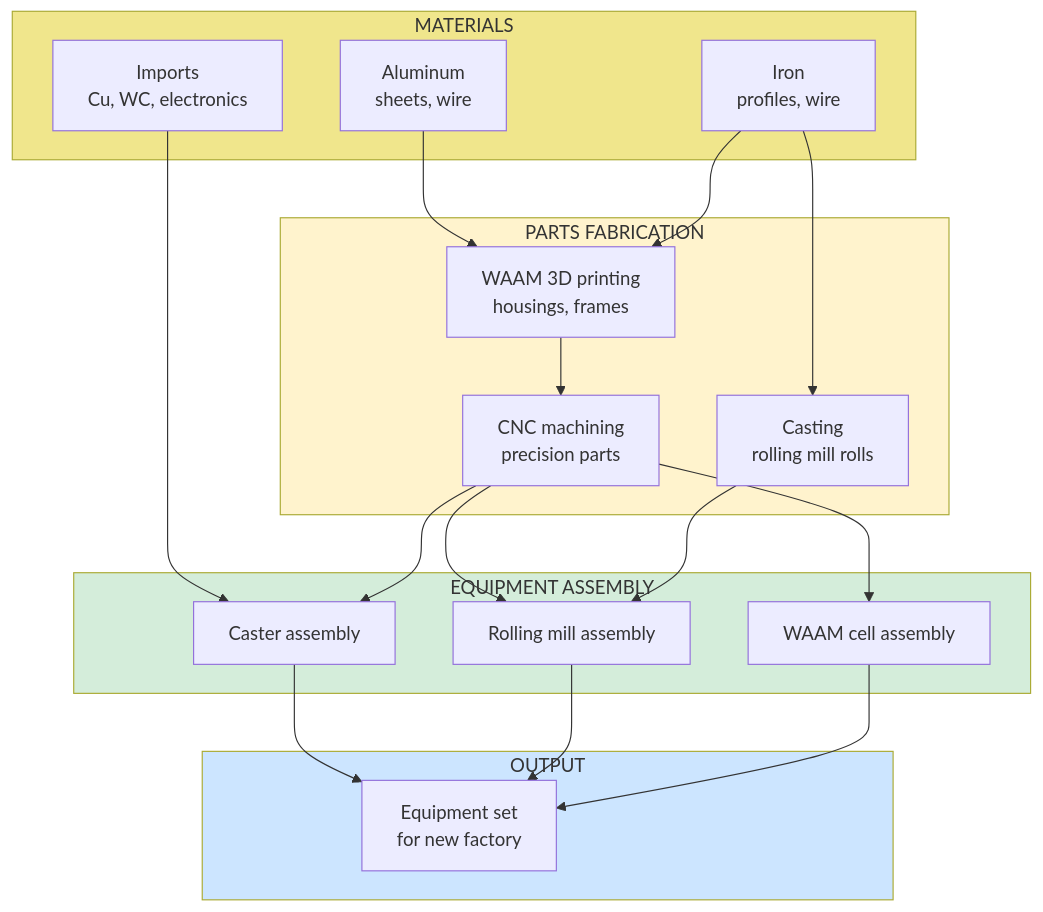
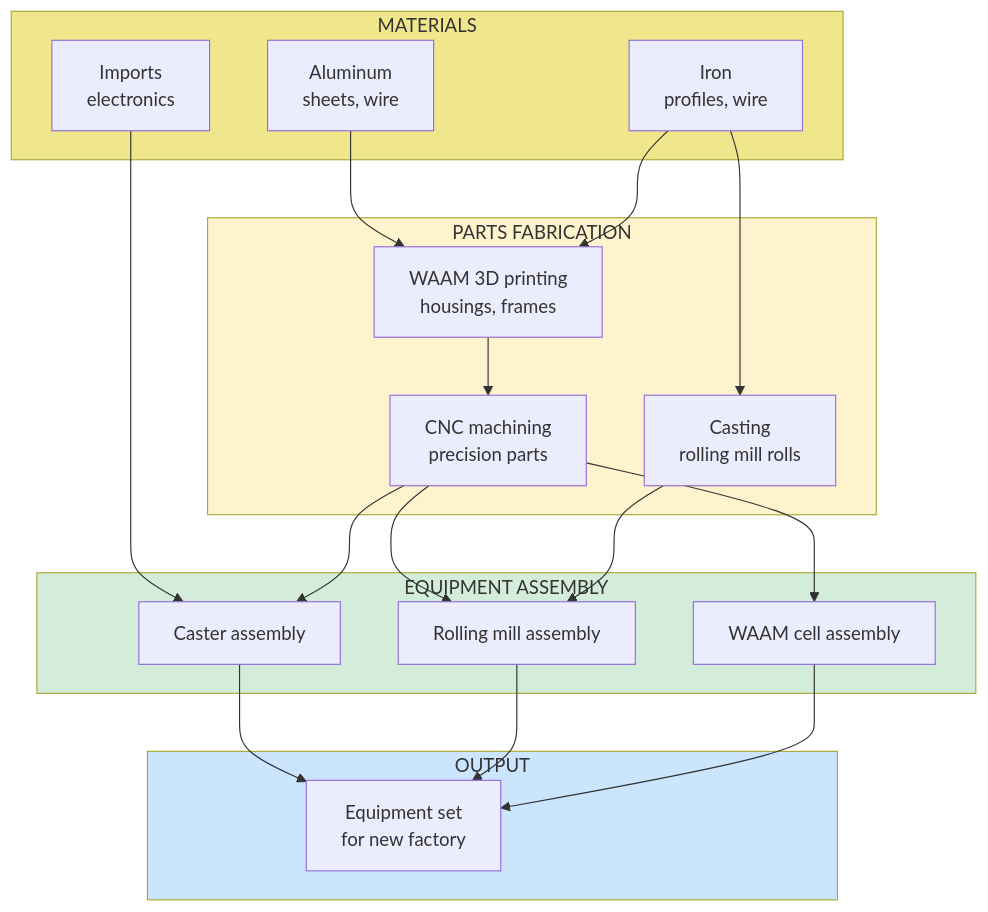
Before and after one commit to DmitryNasikanov/infinite-energy: the diagram in en/science/detailed/production/factories/assembly/equipment.qmd, drawn with Mermaid. The commit also changed other lines of this file and 71 other files, not shown here.

````diff
--- a/en/science/detailed/production/factories/assembly/equipment.qmd
+++ b/en/science/detailed/production/factories/assembly/equipment.qmd
@@ -39,42 +39,42 @@
 ```{mermaid}
 flowchart TD
     subgraph INPUT["MATERIALS"]
         AL["Aluminum<br/>sheets, wire"]
         FE["Iron<br/>profiles, wire"]
-        IMPORT["Imports<br/>Cu, WC, electronics"]
+        IMPORT["Imports<br/>electronics"]
     end
 
     subgraph FABRICATION["PARTS FABRICATION"]
         WAAM["WAAM 3D printing<br/>housings, frames"]
         CNC["CNC machining<br/>precision parts"]
         CASTING["Casting<br/>rolling mill rolls"]
     end
 
     subgraph ASSEMBLY["EQUIPMENT ASSEMBLY"]
         MNLZ_ASM["Caster assembly"]
         MILL_ASM["Rolling mill assembly"]
         ROBOT_ASM["WAAM cell assembly"]
     end
 
     subgraph OUTPUT["OUTPUT"]
         EQUIPMENT["Equipment set<br/>for new factory"]
     end
 
     AL --> WAAM
     FE --> WAAM
     FE --> CASTING
     IMPORT --> MNLZ_ASM
     WAAM --> CNC
     CNC --> MNLZ_ASM
     CNC --> MILL_ASM
     CNC --> ROBOT_ASM
     CASTING --> MILL_ASM
     MNLZ_ASM --> EQUIPMENT
     MILL_ASM --> EQUIPMENT
     ROBOT_ASM --> EQUIPMENT
 
     style INPUT fill:#f0e68c
     style FABRICATION fill:#fff3cd
     style ASSEMBLY fill:#d4edda
     style OUTPUT fill:#cce5ff
 ```
````
